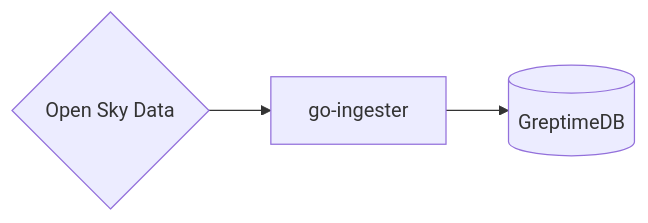
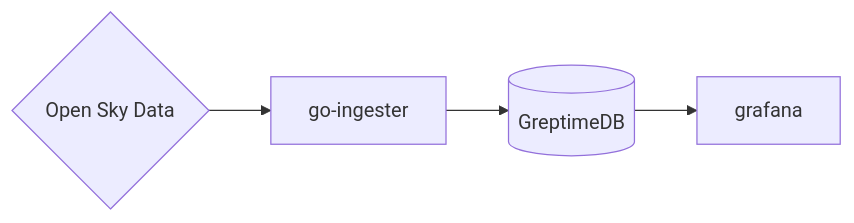
One commit to GreptimeTeam/demo-scene changed the diagram in flight-data-ingester/README.md. Above: the diagram before and after it, drawn with Mermaid. The commit also changed other lines of this file and 5 other files, not shown here.

````diff
--- a/flight-data-ingester/README.md
+++ b/flight-data-ingester/README.md
@@ -22,7 +32,9 @@
 ```mermaid
 flowchart LR
   greptimedb[(GreptimeDB)]
+  grafana
 
   api{Open Sky Data} --> go-ingester
   go-ingester --> greptimedb
+  greptimedb --> grafana
 ```
````
